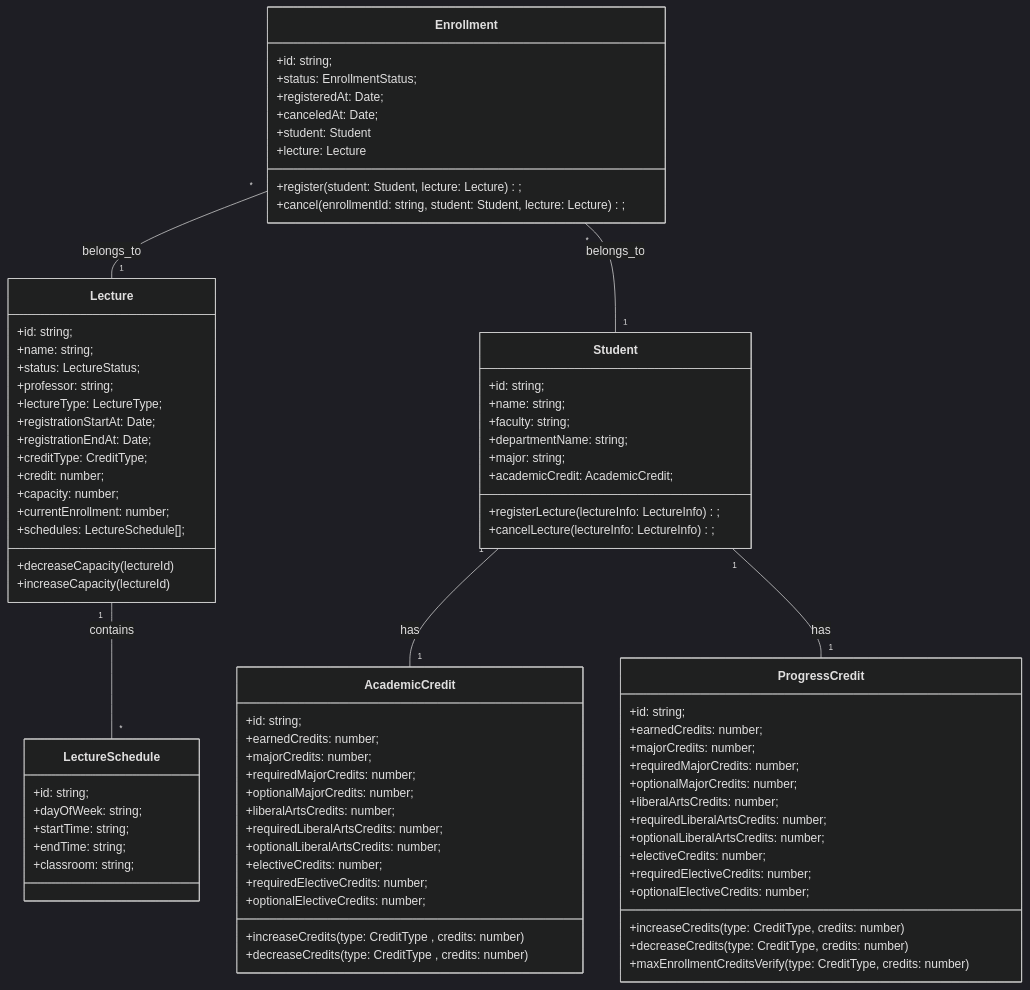
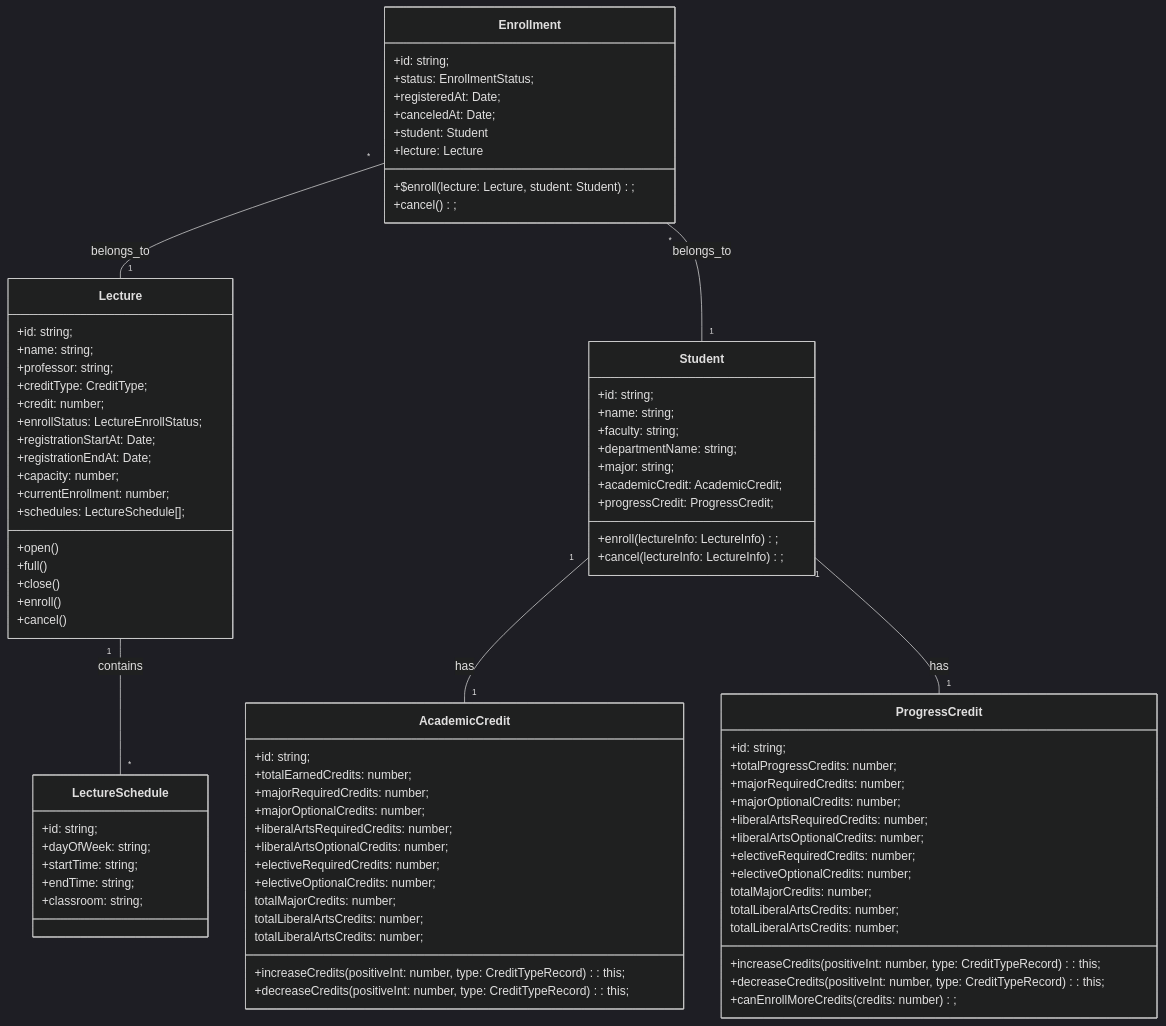
Before and after one commit to ModelToSystem/modeling: the fifth of 6 diagrams in parts/part-2-학사관리시스템-수강신청/chapter-2/jaehyun/README.md, drawn with Mermaid (dark theme). The commit also changed other lines of this file and 1 other file, not shown here.

````diff
--- a/parts/part-2-학사관리시스템-수강신청/chapter-2/jaehyun/README.md
+++ b/parts/part-2-학사관리시스템-수강신청/chapter-2/jaehyun/README.md
@@ -260,117 +254,128 @@
 ```mermaid
 classDiagram
-    class Enrollment {
-        +id: string;
-        +status: EnrollmentStatus;
-        +registeredAt: Date;
-        +canceledAt: Date;
-        +student: Student
-        +lecture: Lecture
+  class Enrollment {
+    +id: string;
+    +status: EnrollmentStatus;
+    +registeredAt: Date;
+    +canceledAt: Date;
+    +student: Student
+    +lecture: Lecture
 
-        %% Method %%
-        +register(student: Student, lecture: Lecture);
-        +cancel(enrollmentId: string, student: Student, lecture: Lecture);
-    }
+    %% Method %%
+    +$enroll(lecture: Lecture, student: Student);
+    +cancel();
+  }
 
-    class Student {
-        +id: string;
-        +name: string;
-        %% 학부: 비슷한 전공 학과들을 통합한 단위 %%
-        +faculty: string;   
-        %% 학과: 개별 학과 이름 %%
-        +departmentName: string;
-        %% 전공: 학생이 집중해서 공부하는 분야 %%
-        +major: string;
-        +academicCredit: AcademicCredit;
+  class Student {
+    +id: string;
+    +name: string;
+    %% 학부: 비슷한 전공 학과들을 통합한 단위 %%
+    +faculty: string;   
+    %% 학과: 개별 학과 이름 %%
+    +departmentName: string;
+    %% 전공: 학생이 집중해서 공부하는 분야 %%
+    +major: string;
 
-        %% Method %%
-        +registerLecture(lectureInfo: LectureInfo);
-        +cancelLecture(lectureInfo: LectureInfo);
-    }
+    +academicCredit: AcademicCredit;
+    +progressCredit: ProgressCredit;
+
+    %% Method %%
+    +enroll(lectureInfo: LectureInfo);
+    +cancel(lectureInfo: LectureInfo);
+  }
     
-    class AcademicCredit {
-      +id: string;
-      +earnedCredits: number;  
+  class AcademicCredit {
+    +id: string;
+    +totalEarnedCredits: number;  
 
-      +majorCredits: number;
-      +requiredMajorCredits: number;
-      +optionalMajorCredits: number;
+    %% 전공 %%
+    +majorRequiredCredits: number;
+    +majorOptionalCredits: number;
 
-      +liberalArtsCredits: number;
-      +requiredLiberalArtsCredits: number;
-      +optionalLiberalArtsCredits: number;
+    %% 교양 %%
+    +liberalArtsRequiredCredits: number;
+    +liberalArtsOptionalCredits: number;
 
-      +electiveCredits: number;
-      +requiredElectiveCredits: number;
-      +optionalElectiveCredits: number;
+    %% 선택 %%
+    +electiveRequiredCredits: number;
+    +electiveOptionalCredits: number;
+    
+    totalMajorCredits: number;
+    totalLiberalArtsCredits: number;
+    totalLiberalArtsCredits: number;
+
+    %% Method %%
+    +increaseCredits(positiveInt: number, type: CreditTypeRecord): this;
+    +decreaseCredits(positiveInt: number, type: CreditTypeRecord): this;
+  }
+
+  class ProgressCredit {
+    +id: string;
+    +totalProgressCredits: number;  
+
+    %% 전공 %%
+    +majorRequiredCredits: number;
+    +majorOptionalCredits: number;
+
+    %% 교양 %%
+    +liberalArtsRequiredCredits: number;
+    +liberalArtsOptionalCredits: number;
+
+    %% 선택 %%
+    +electiveRequiredCredits: number;
+    +electiveOptionalCredits: number;
+    
+    totalMajorCredits: number;
+    totalLiberalArtsCredits: number;
+    totalLiberalArtsCredits: number;
       
-      %% Method %%
-      +increaseCredits(type: CreditType , credits: number)
-      +decreaseCredits(type: CreditType , credits: number)
+    %% Method %%
+    +increaseCredits(positiveInt: number, type: CreditTypeRecord): this;
+    +decreaseCredits(positiveInt: number, type: CreditTypeRecord): this;
+    +canEnrollMoreCredits(credits: number);
+  }
 
 
-    }
+  class Lecture {
+    +id: string;
+    +name: string;
+    +professor: string;
+    +creditType: CreditType;
+    +credit: number;
 
-    class ProgressCredit {
-        +id: string;
-        +earnedCredits: number;  
+    +enrollStatus: LectureEnrollStatus;
+    +registrationStartAt: Date;
+    +registrationEndAt: Date;
 
-        +majorCredits: number;
-        +requiredMajorCredits: number;
-        +optionalMajorCredits: number;
+    +capacity: number;
+    +currentEnrollment: number; 
+    +schedules: LectureSchedule[]; 
 
-        +liberalArtsCredits: number;
-        +requiredLiberalArtsCredits: number;
-        +optionalLiberalArtsCredits: number;
+    %% Method %%
+    +open()
+    +full()
+    +close()
+    +enroll()
+    +cancel()
+  }
+    
+  class LectureSchedule {
+    +id: string;
+    +dayOfWeek: string;
+    +startTime: string;
+    +endTime: string;
+    +classroom: string;
+  }
 
-        +electiveCredits: number;
-        +requiredElectiveCredits: number;
-        +optionalElectiveCredits: number;
-        
-        %% Method %%
-        +increaseCredits(type: CreditType, credits: number)
-        +decreaseCredits(type: CreditType, credits: number)
+  %% 학생은 이수학점을 반드시 하나 가진다. %%
+  Student "1" -- "1" AcademicCredit : has
+  %% 학생은 이수중학점을 반드시 하나 가진다. %%
+  Student "1" -- "1" ProgressCredit : has
+  %% 강의는 강의시간표를 가질 수 있다. 0 ~ n개 %%
+  Lecture "1" -- "*" LectureSchedule : contains
 
-        +maxEnrollmentCreditsVerify(type: CreditType, credits: number)
-    }
-
-        
-    class Lecture {
-        +id: string;
-        +name: string;
-        +status: LectureStatus;
-        +professor: string;
-        +lectureType: LectureType;
-        +registrationStartAt: Date;
-        +registrationEndAt: Date;
-        +creditType: CreditType;
-        +credit: number;
-        +capacity: number;
-        +currentEnrollment: number; 
-        +schedules: LectureSchedule[]; 
-
-        %% Method %%
-        +decreaseCapacity(lectureId)
-        +increaseCapacity(lectureId)
-    }
-    
-    class LectureSchedule {
-        +id: string;
-        +dayOfWeek: string;
-        +startTime: string;
-        +endTime: string;
-        +classroom: string;
-    }
-
-    %% 학생은 이수학점을 반드시 하나 가진다. %%
-    Student "1" -- "1" AcademicCredit : has
-    %% 학생은 이수중학점을 반드시 하나 가진다. %%
-    Student "1" -- "1" ProgressCredit : has
-    %% 강의는 강의시간표를 가질 수 있다. 0 ~ n개 %%
-    Lecture "1" -- "*" LectureSchedule : contains
-
-    %% 수강신청은 반드시 강의에 소속된다.  %%
-    Enrollment "*" -- "1" Lecture : belongs_to
-    %% 수강신청은 반드시 학생에 소속된다.  %%
-    Enrollment "*" -- "1" Student : belongs_to
+  %% 수강신청은 반드시 강의에 소속된다.  %%
+  Enrollment "*" -- "1" Lecture : belongs_to
+  %% 수강신청은 반드시 학생에 소속된다.  %%
+  Enrollment "*" -- "1" Student : belongs_to
 ```
````
